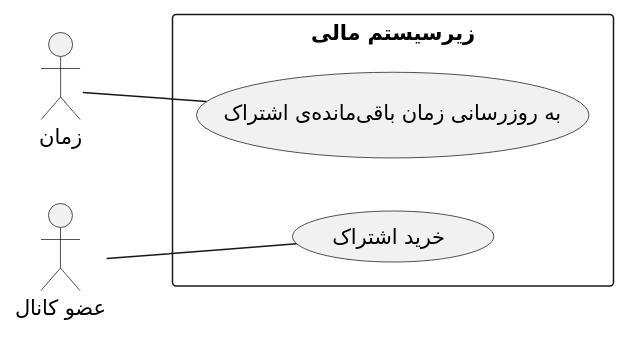
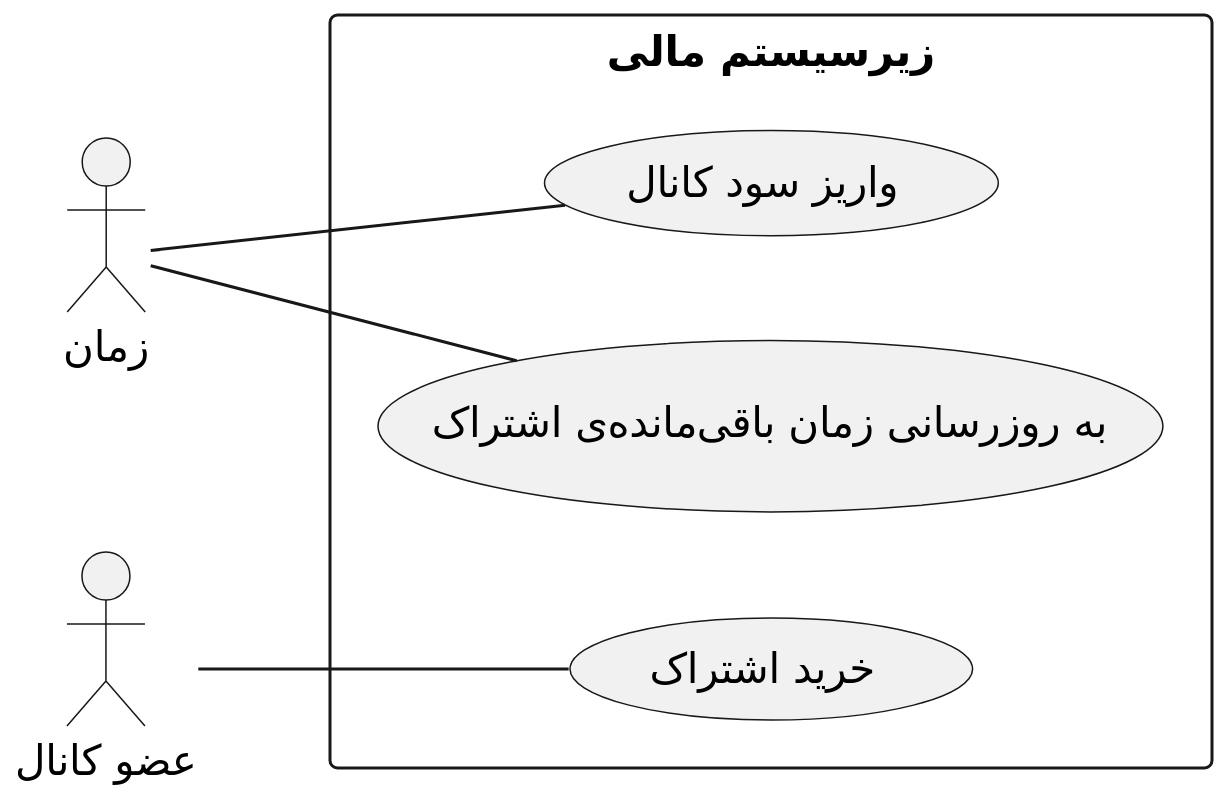
Before and after one commit to soleyman79/Qasedak: the diagram in PlantUML/Usecase Diagram/3_MonetarySubsystem.puml, drawn with PlantUML. The commit also changed 2 other files, not shown here.

Commit message:
Fixed the font, added inheritance and moved time

```diff
--- a/PlantUML/Usecase Diagram/3_MonetarySubsystem.puml
+++ b/PlantUML/Usecase Diagram/3_MonetarySubsystem.puml
@@ -1,15 +1,19 @@
 @startuml monetary_subsystem
+scale 2
 left to right direction
+skinparam defaultFontName B Nazanin
 
 rectangle "زیرسیستم مالی"{
     usecase "خرید اشتراک" as buy
     usecase "به روزرسانی زمان باقی‌مانده‌ی اشتراک" as update
+    usecase "واریز سود کانال" as pay
 }
 
 actor "زمان" as time
 actor "عضو کانال" as member
 
 member -- buy
 time -- update
+time -- pay
 
 @enduml
```
